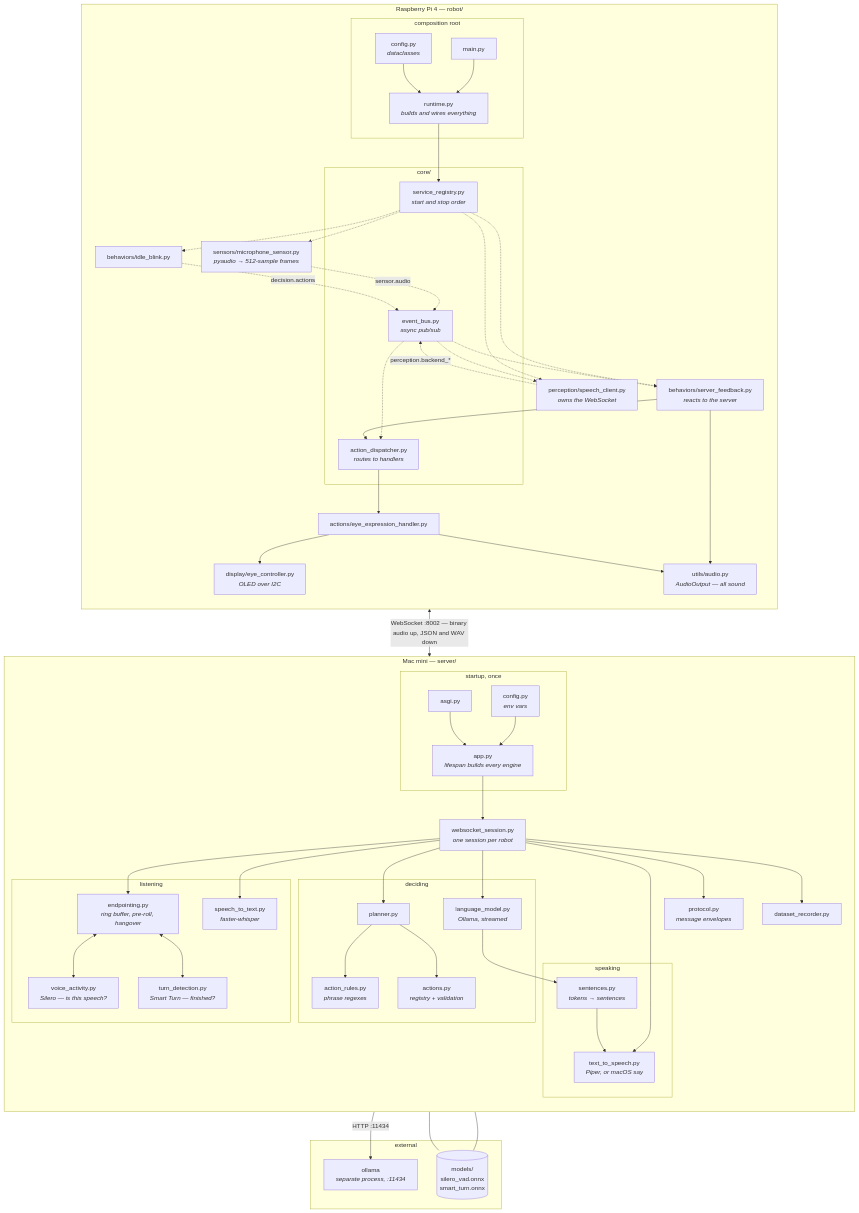
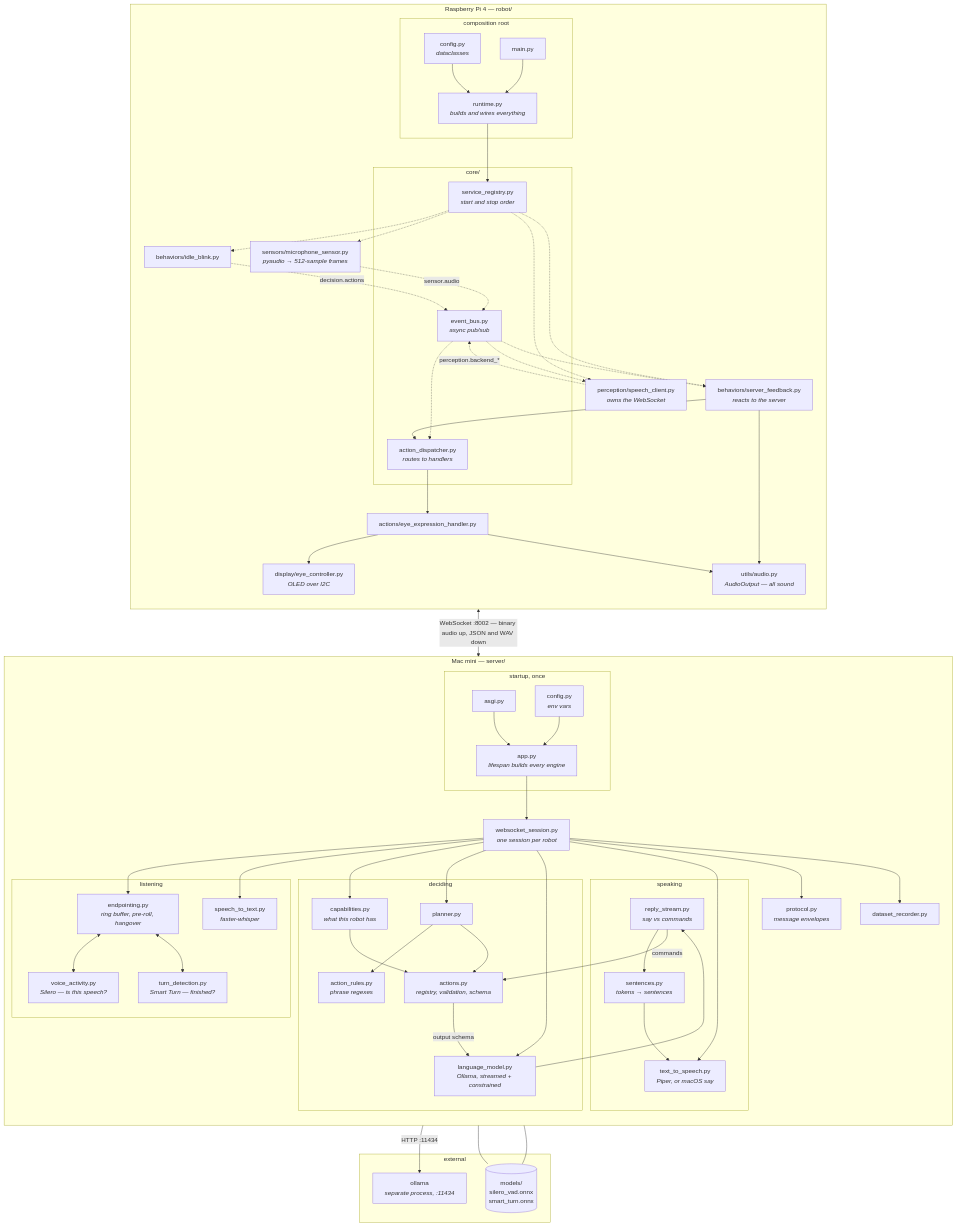
One commit to Vlad-Andres/companion-robot-eva changed the first of 9 diagrams in docs/flows.md. Above: the diagram before and after it, drawn with Mermaid. The commit also changed other lines of this file and 4 other files, not shown here.

```diff
--- a/docs/flows.md
+++ b/docs/flows.md
@@ -90,13 +91,15 @@
   end
 
   subgraph THINK["deciding"]
+    CAP["capabilities.py<br/><i>what this robot has</i>"]
     PLAN["planner.py"]
     RULES["action_rules.py<br/><i>phrase regexes</i>"]
-    ACT["actions.py<br/><i>registry + validation</i>"]
-    LLM["language_model.py<br/><i>Ollama, streamed</i>"]
+    ACT["actions.py<br/><i>registry, validation, schema</i>"]
+    LLM["language_model.py<br/><i>Ollama, streamed + constrained</i>"]
   end
 
   subgraph SPEAK["speaking"]
+    RS["reply_stream.py<br/><i>say vs commands</i>"]
     SENT["sentences.py<br/><i>tokens → sentences</i>"]
     TTS["text_to_speech.py<br/><i>Piper, or macOS say</i>"]
   end
@@ -111,11 +114,16 @@
   EP <--> VAD
   EP <--> TURN
   WS --> STT
+  WS --> CAP
+  CAP --> ACT
   WS --> PLAN
   PLAN --> RULES
   PLAN --> ACT
   WS --> LLM
-  LLM --> SENT
+  ACT -- "output schema" --> LLM
+  LLM --> RS
+  RS --> SENT
+  RS -- "commands" --> ACT
   SENT --> TTS
   WS --> TTS
   WS --> PROTO
```
